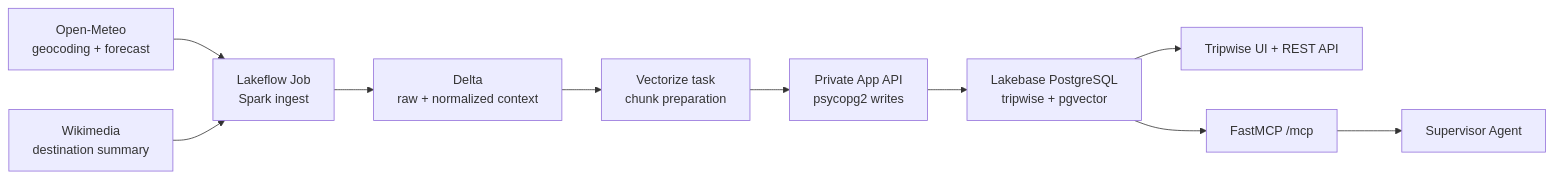
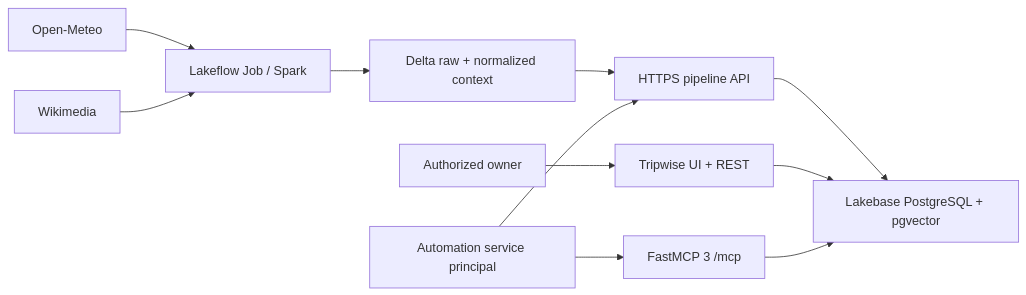
The diagram in capstone/tripwise-capstone/README.md (gfonesl/databricks-ai-bootcamp), drawn with Mermaid before and after one commit. The commit also changed other lines of this file and 68 other files, not shown here.

````diff
--- a/capstone/tripwise-capstone/README.md
+++ b/capstone/tripwise-capstone/README.md
@@ -14,12 +9,13 @@
 ```mermaid
 flowchart LR
-  OM["Open-Meteo\ngeocoding + forecast"] --> I["Lakeflow Job\nSpark ingest"]
-  WM["Wikimedia\ndestination summary"] --> I
-  I --> D["Delta\nraw + normalized context"]
-  D --> V["Vectorize task\nchunk preparation"]
-  V --> A["Private App API\npsycopg2 writes"]
-  A --> L["Lakebase PostgreSQL\ntripwise + pgvector"]
-  L --> UI["Tripwise UI + REST API"]
-  L --> MCP["FastMCP /mcp"]
-  MCP --> AG["Supervisor Agent"]
+  OM["Open-Meteo"] --> J["Lakeflow Job / Spark"]
+  WM["Wikimedia"] --> J
+  J --> D["Delta raw + normalized context"]
+  D --> P["HTTPS pipeline API"]
+  P --> L["Lakebase PostgreSQL + pgvector"]
+  O["Authorized owner"] --> UI["Tripwise UI + REST"]
+  UI --> L
+  SP["Automation service principal"] --> P
+  SP --> MCP["FastMCP 3 /mcp"]
+  MCP --> L
 ```
````
